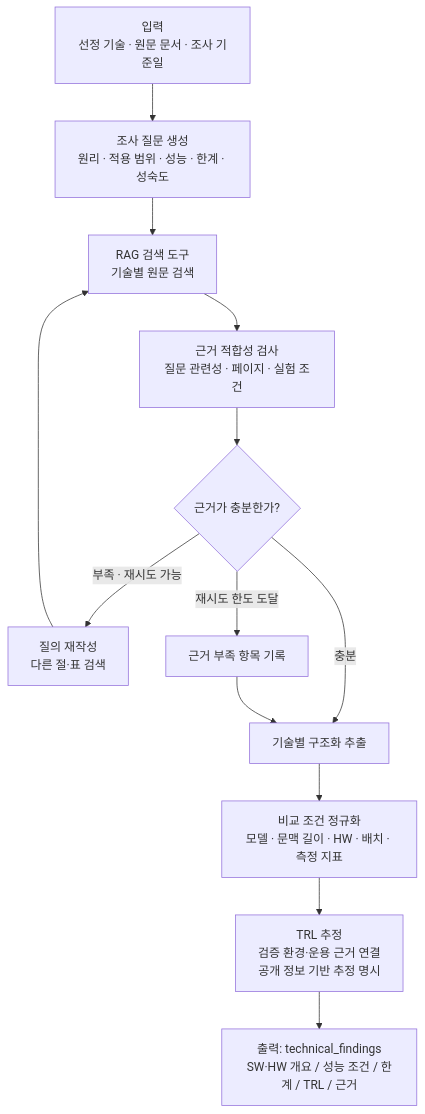
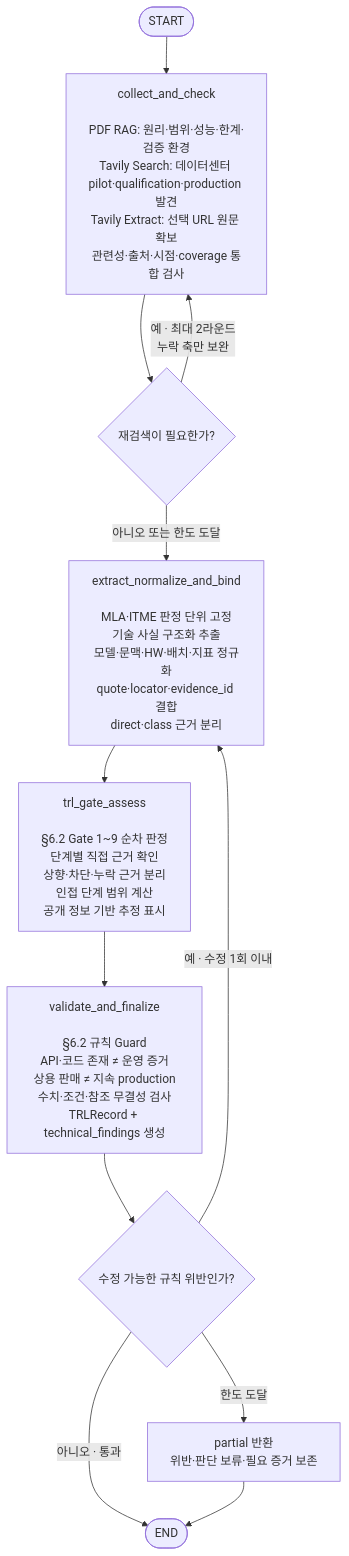
The diagram in outputs/agent-architecture/mermaid/03-technical-research.mmd (LOK-AeGS/kongjinho), drawn with Mermaid before and after one commit. The commit also changed 29 other files, not shown here.

First line of the commit message:
Add technical research agent (RAG + TRL gate)

```diff
--- a/outputs/agent-architecture/mermaid/03-technical-research.mmd
+++ b/outputs/agent-architecture/mermaid/03-technical-research.mmd
@@ -1,13 +1,18 @@
 flowchart TD
- A["입력<br/>선정 기술 · 원문 문서 · 조사 기준일"] --> B["조사 질문 생성<br/>원리 · 적용 범위 · 성능 · 한계 · 성숙도"]
- B --> C["RAG 검색 도구<br/>기술별 원문 검색"]
- C --> D["근거 적합성 검사<br/>질문 관련성 · 페이지 · 실험 조건"]
- D --> E{"근거가 충분한가?"}
- E -- "부족 · 재시도 가능" --> F["질의 재작성<br/>다른 절·표 검색"]
- F --> C
- E -- "충분" --> G["기술별 구조화 추출"]
- E -- "재시도 한도 도달" --> H["근거 부족 항목 기록"]
- H --> G
- G --> I["비교 조건 정규화<br/>모델 · 문맥 길이 · HW · 배치 · 측정 지표"]
- I --> J["TRL 추정<br/>검증 환경·운용 근거 연결<br/>공개 정보 기반 추정 명시"]
- J --> K["출력: technical_findings<br/>SW·HW 개요 / 성능 조건 / 한계 / TRL / 근거"]
+    A([START])
+    --> B["collect_and_check<br/><br/>PDF RAG: 원리·범위·성능·한계·검증 환경<br/>Tavily Search: 데이터센터 pilot·qualification·production 발견<br/>Tavily Extract: 선택 URL 원문 확보<br/>관련성·출처·시점·coverage 통합 검사"]
+
+    B --> C{"재검색이 필요한가?"}
+    C -- "예 · 최대 2라운드<br/>누락 축만 보완" --> B
+
+    C -- "아니오 또는 한도 도달" --> D["extract_normalize_and_bind<br/><br/>MLA·ITME 판정 단위 고정<br/>기술 사실 구조화 추출<br/>모델·문맥·HW·배치·지표 정규화<br/>quote·locator·evidence_id 결합<br/>direct·class 근거 분리"]
+
+    D --> E["trl_gate_assess<br/><br/>§6.2 Gate 1~9 순차 판정<br/>단계별 직접 근거 확인<br/>상향·차단·누락 근거 분리<br/>인접 단계 범위 계산<br/>공개 정보 기반 추정 표시"]
+
+    E --> F["validate_and_finalize<br/><br/>§6.2 규칙 Guard<br/>API·코드 존재 ≠ 운영 증거<br/>상용 판매 ≠ 지속 production<br/>수치·조건·참조 무결성 검사<br/>TRLRecord + technical_findings 생성"]
+
+    F --> G{"수정 가능한 규칙 위반인가?"}
+    G -- "예 · 수정 1회 이내" --> D
+    G -- "아니오 · 통과" --> H([END])
+    G -- "한도 도달" --> I["partial 반환<br/>위반·판단 보류·필요 증거 보존"]
+    I --> H
```
